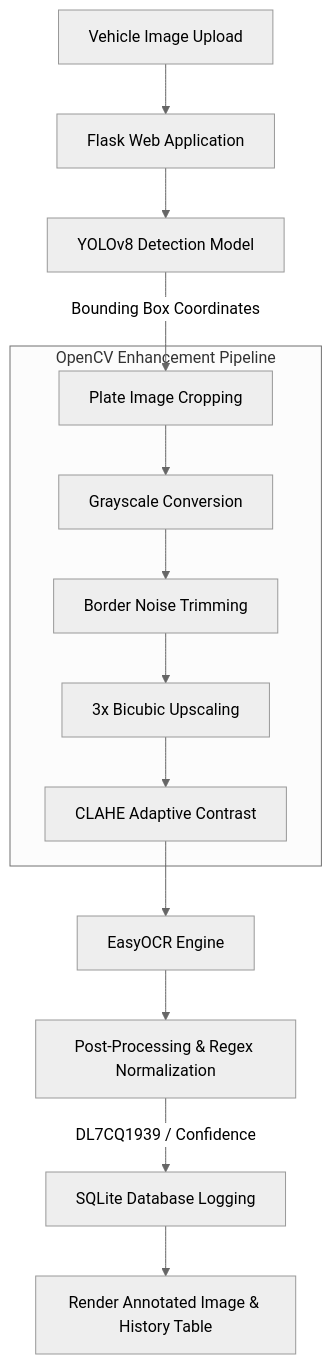
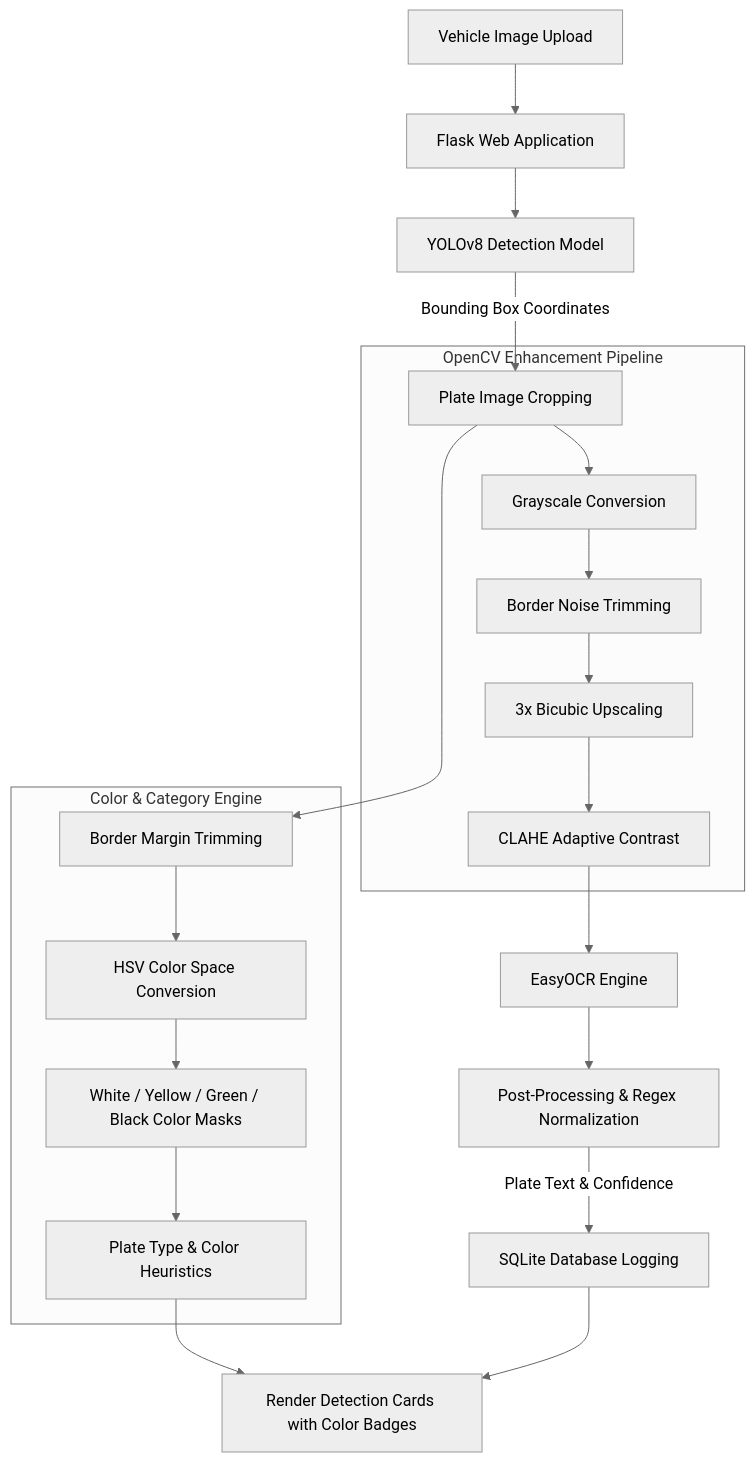
One commit to mohdajnas/AI-number-plate-detection changed the diagram in README.md. Above: the diagram before and after it, drawn with Mermaid (neutral theme). The commit also changed other lines of this file and 3 other files, not shown here.

````diff
--- a/README.md
+++ b/README.md
@@ -67,18 +92,26 @@
 ```mermaid
 flowchart TD
     A[Vehicle Image Upload] --> B[Flask Web Application]
     B --> C[YOLOv8 Detection Model]
     C -->|Bounding Box Coordinates| D[Plate Image Cropping]
     
     subgraph Preprocessing Pipeline ["OpenCV Enhancement Pipeline"]
         D --> E[Grayscale Conversion]
         E --> F[Border Noise Trimming]
         F --> G[3x Bicubic Upscaling]
         G --> H[CLAHE Adaptive Contrast]
     end
+
+    subgraph Color Analysis ["Color & Category Engine"]
+        D --> M[Border Margin Trimming]
+        M --> N[HSV Color Space Conversion]
+        N --> O[White / Yellow / Green / Black Color Masks]
+        O --> P[Plate Type & Color Heuristics]
+    end
     
     H --> I[EasyOCR Engine]
     I --> J[Post-Processing & Regex Normalization]
-    J -->|DL7CQ1939 / Confidence| K[SQLite Database Logging]
-    K --> L[Render Annotated Image & History Table]
+    J -->|Plate Text & Confidence| K[SQLite Database Logging]
+    P --> L[Render Detection Cards with Color Badges]
+    K --> L
 ```
````
